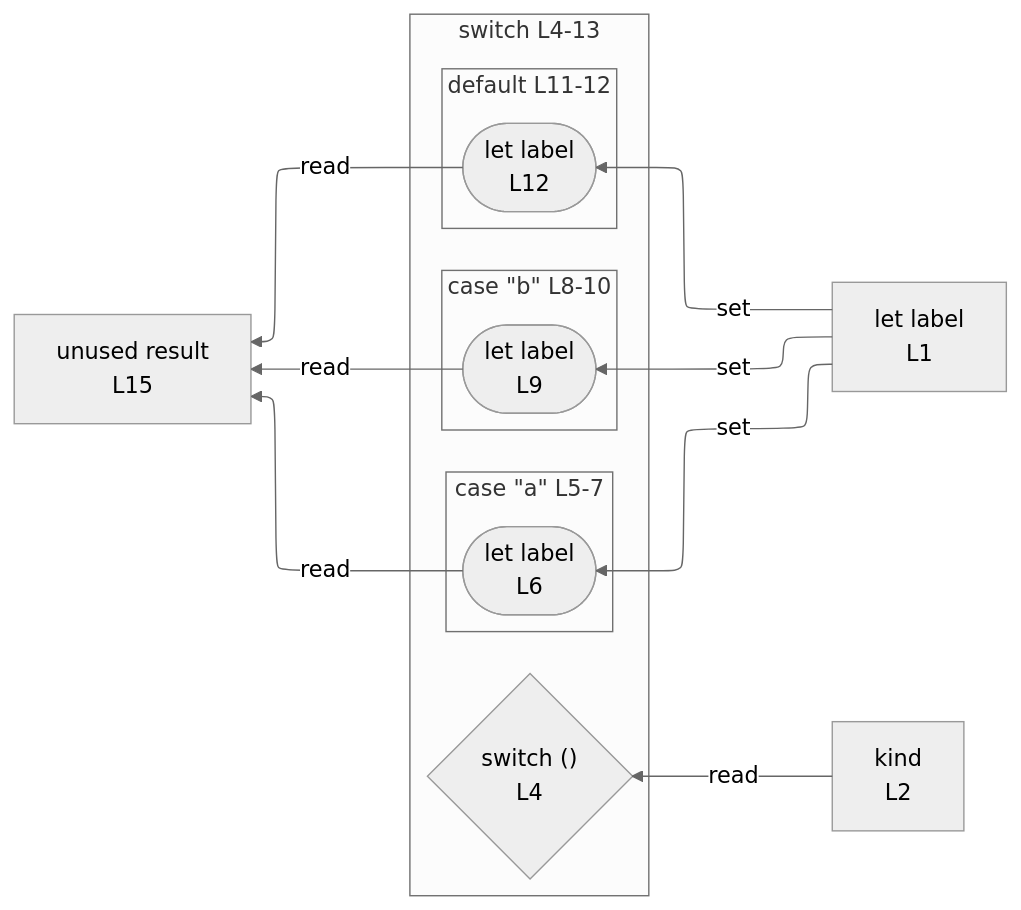
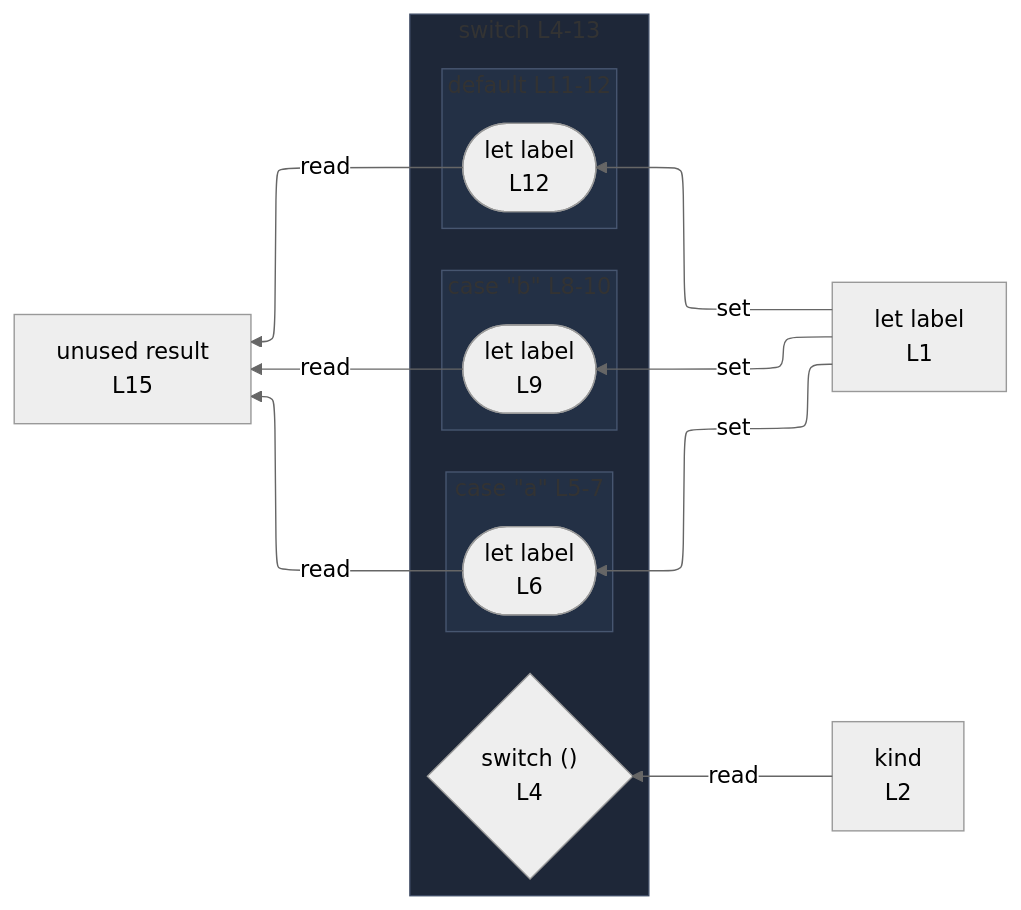
Before and after one commit to crescware/unsnarl: the diagram in integration/fixtures/switch-statement/break/preview.md, drawn with Mermaid (neutral theme). The commit also changed 249 other files, not shown here.

First line of the commit message:
Color Mermaid subgraphs by nesting depth via theme palette

````diff
--- a/integration/fixtures/switch-statement/break/preview.md
+++ b/integration/fixtures/switch-statement/break/preview.md
@@ -25,30 +25,36 @@
 ```mermaid
 %%{init: {"flowchart": {"defaultRenderer": "elk"}}}%%
 flowchart RL
   n_scope_0_label_4["let label<br/>L1"]
   n_scope_0_kind_22["kind<br/>L2"]
   n_scope_0_result_179["unused result<br/>L15"]
   subgraph s_scope_1["switch L4-13"]
     direction RL
     switch_discriminant_scope_0_35{"switch ()<br/>L4"}
     subgraph s_scope_2["case &quot;a&quot; L5-7"]
       direction RL
       wr_ref_3(["let label<br/>L6"])
     end
     subgraph s_scope_3["case &quot;b&quot; L8-10"]
       direction RL
       wr_ref_4(["let label<br/>L9"])
     end
     subgraph s_scope_4["default L11-12"]
       direction RL
       wr_ref_5(["let label<br/>L12"])
     end
   end
   n_scope_0_label_4 -->|set| wr_ref_3
   n_scope_0_label_4 -->|set| wr_ref_4
   n_scope_0_label_4 -->|set| wr_ref_5
   n_scope_0_kind_22 -->|read| switch_discriminant_scope_0_35
   wr_ref_3 -->|read| n_scope_0_result_179
   wr_ref_4 -->|read| n_scope_0_result_179
   wr_ref_5 -->|read| n_scope_0_result_179
+  classDef nestL1 fill:#1e2738,stroke:#3d4a63;
+  class s_scope_1 nestL1;
+  classDef nestL2 fill:#233045,stroke:#475670;
+  class s_scope_2 nestL2;
+  class s_scope_3 nestL2;
+  class s_scope_4 nestL2;
 ```
````
